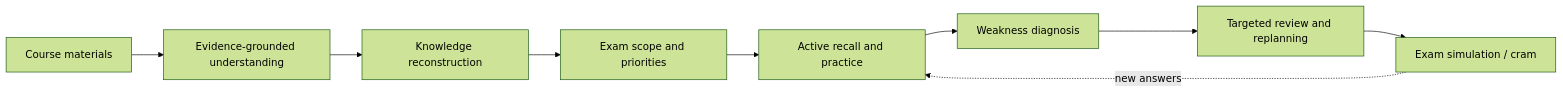
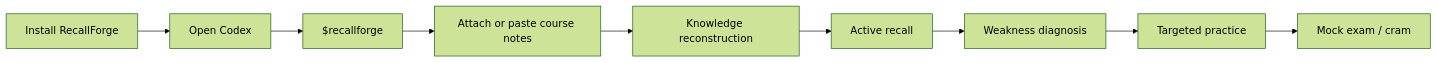
One commit to SiriZhao/recallforge-skill changed the diagram in README.md. Above: the diagram before and after it, drawn with Mermaid (forest theme). The commit also changed other lines of this file and 198 other files, not shown here.

Commit message:
feat: ship RecallForge as host-installable skill

````diff
--- a/README.md
+++ b/README.md
@@ -19,11 +85,11 @@
 ```mermaid
 flowchart LR
-  A[Course materials] --> B[Evidence-grounded understanding]
-  B --> C[Knowledge reconstruction]
-  C --> D[Exam scope and priorities]
-  D --> E[Active recall and practice]
-  E --> F[Weakness diagnosis]
-  F --> G[Targeted review and replanning]
-  G --> H[Exam simulation / cram]
-  H -. new answers .-> E
+  A[Install RecallForge] --> B[Open Codex]
+  B --> C[$recallforge]
+  C --> D[Attach or paste course notes]
+  D --> E[Knowledge reconstruction]
+  E --> F[Active recall]
+  F --> G[Weakness diagnosis]
+  G --> H[Targeted practice]
+  H --> I[Mock exam / cram]
 ```
````
